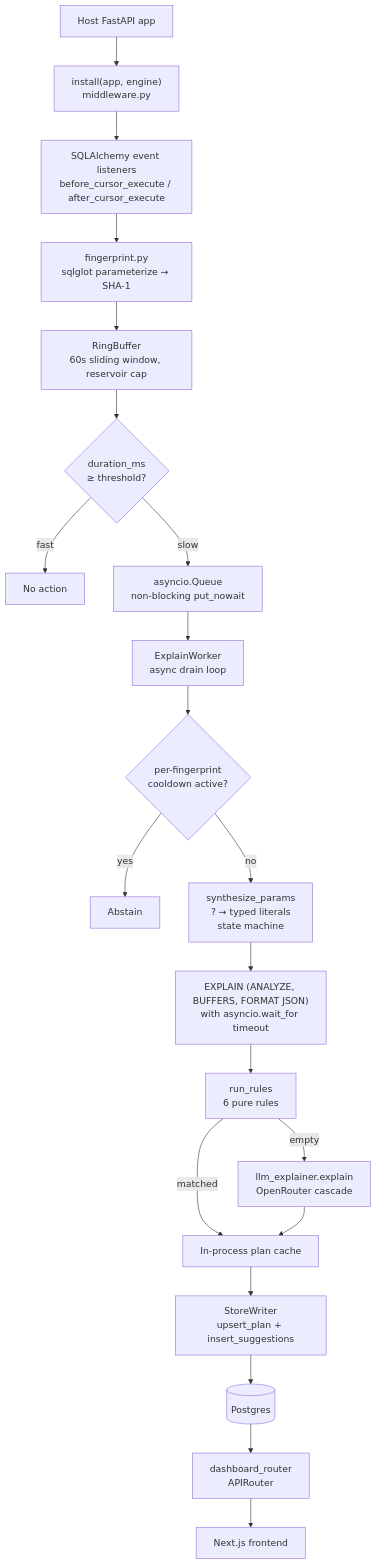
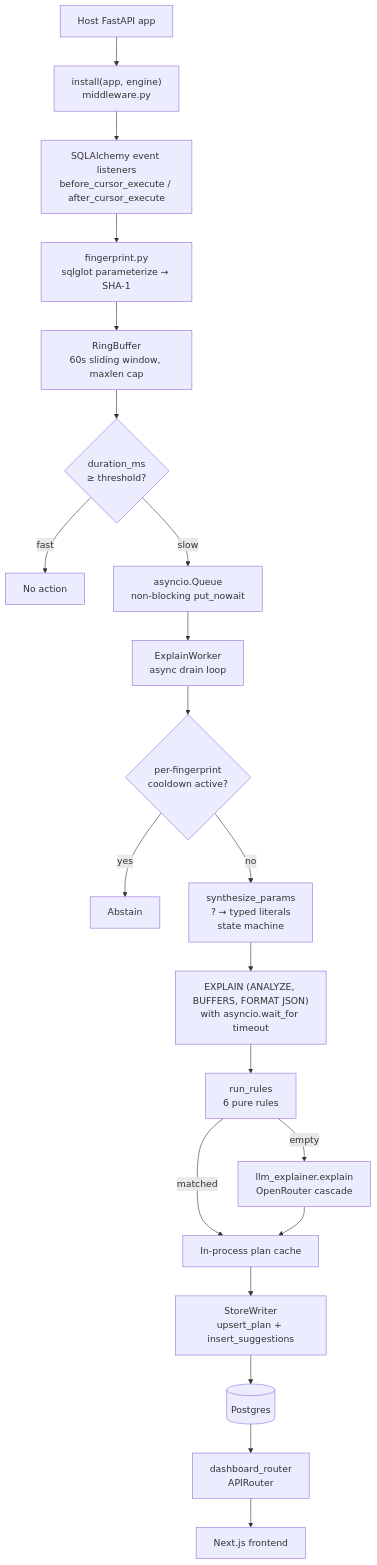
Before and after one commit to Abdul-Muizz1310/slowquery-detective: the first of 4 diagrams in docs/ARCHITECTURE.md, drawn with Mermaid. The commit also changed other lines of this file and 6 other files, not shown here.

First line of the commit message:
docs: align README, architecture, and specs with audit fixes

````diff
--- a/docs/ARCHITECTURE.md
+++ b/docs/ARCHITECTURE.md
@@ -5,23 +5,23 @@
 ```mermaid
 flowchart TD
     App["Host FastAPI app"] --> MW["install(app, engine)<br/>middleware.py"]
     MW --> Hook["SQLAlchemy event listeners<br/>before_cursor_execute / after_cursor_execute"]
     Hook --> FP["fingerprint.py<br/>sqlglot parameterize → SHA-1"]
-    FP --> Ring["RingBuffer<br/>60s sliding window, reservoir cap"]
+    FP --> Ring["RingBuffer<br/>60s sliding window, maxlen cap"]
     Ring --> Detector{"duration_ms<br/>≥ threshold?"}
     Detector -- "fast" --> Discard["No action"]
     Detector -- "slow" --> Queue["asyncio.Queue<br/>non-blocking put_nowait"]
     Queue --> Worker["ExplainWorker<br/>async drain loop"]
     Worker --> Cooldown{"per-fingerprint<br/>cooldown active?"}
     Cooldown -- "yes" --> Skip["Abstain"]
     Cooldown -- "no" --> Synth["synthesize_params<br/>? → typed literals<br/>state machine"]
     Synth --> Explain["EXPLAIN (ANALYZE, BUFFERS, FORMAT JSON)<br/>with asyncio.wait_for timeout"]
     Explain --> Rules["run_rules<br/>6 pure rules"]
     Rules -- "matched" --> Cache["In-process plan cache"]
     Rules -- "empty" --> LLM["llm_explainer.explain<br/>OpenRouter cascade"]
     LLM --> Cache
     Cache --> Store["StoreWriter<br/>upsert_plan + insert_suggestions"]
     Store --> DB[("Postgres")]
     DB --> Dash["dashboard_router<br/>APIRouter"]
     Dash --> FE["Next.js frontend"]
 ```
````
